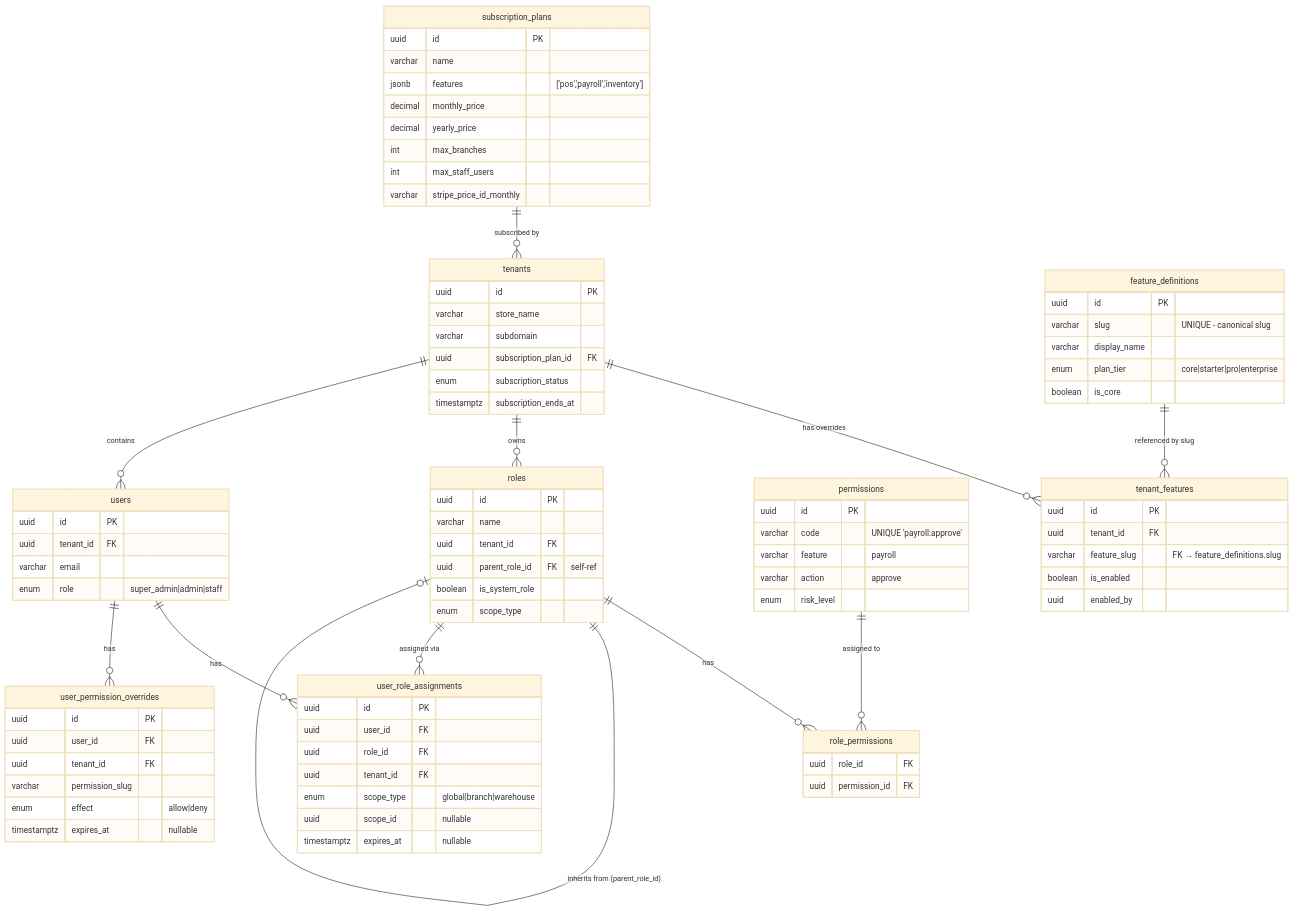
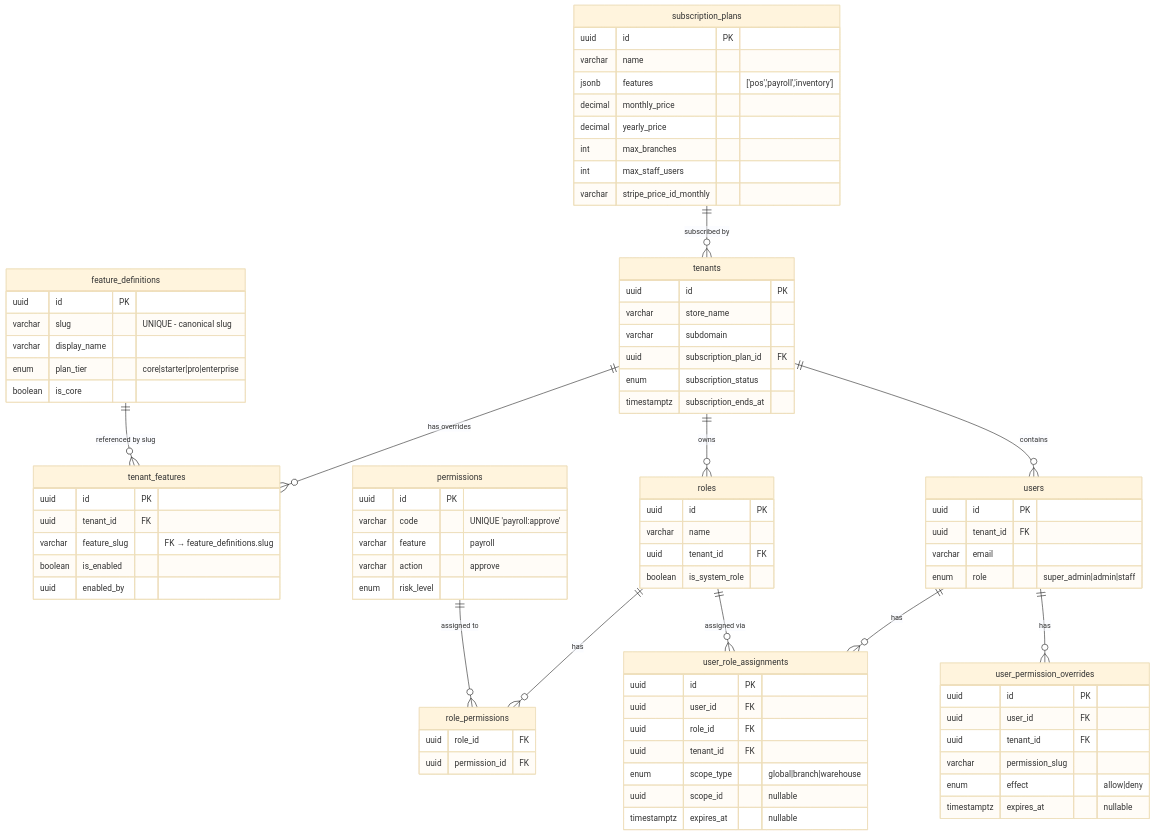
Before and after one commit to gowtamkumar/eCommerce-multi-store-saas-erp: the first of 4 diagrams in doc/system-design/subscription-and-features.md, drawn with Mermaid (base theme). The commit also changed other lines of this file and 9 other files, not shown here.

```diff
--- a/doc/system-design/subscription-and-features.md
+++ b/doc/system-design/subscription-and-features.md
@@ -304,9 +306,7 @@
         uuid id PK
         varchar name
         uuid tenant_id FK
-        uuid parent_role_id FK "self-ref"
         boolean is_system_role
-        enum scope_type
     }
 
     permissions {
@@ -354,7 +354,6 @@
     tenants ||--o{ roles : "owns"
     roles ||--o{ role_permissions : "has"
     permissions ||--o{ role_permissions : "assigned to"
-    roles ||--o| roles : "inherits from (parent_role_id)"
     users ||--o{ user_role_assignments : "has"
     roles ||--o{ user_role_assignments : "assigned via"
     users ||--o{ user_permission_overrides : "has"
```
